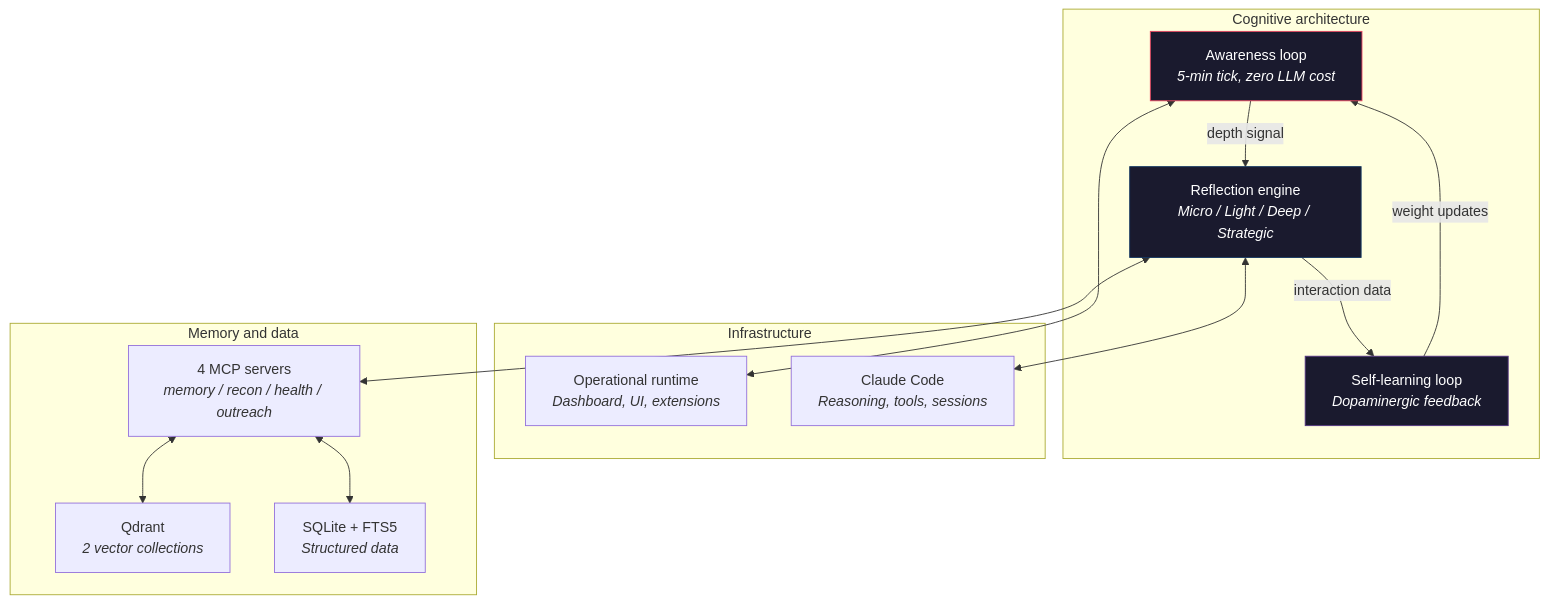
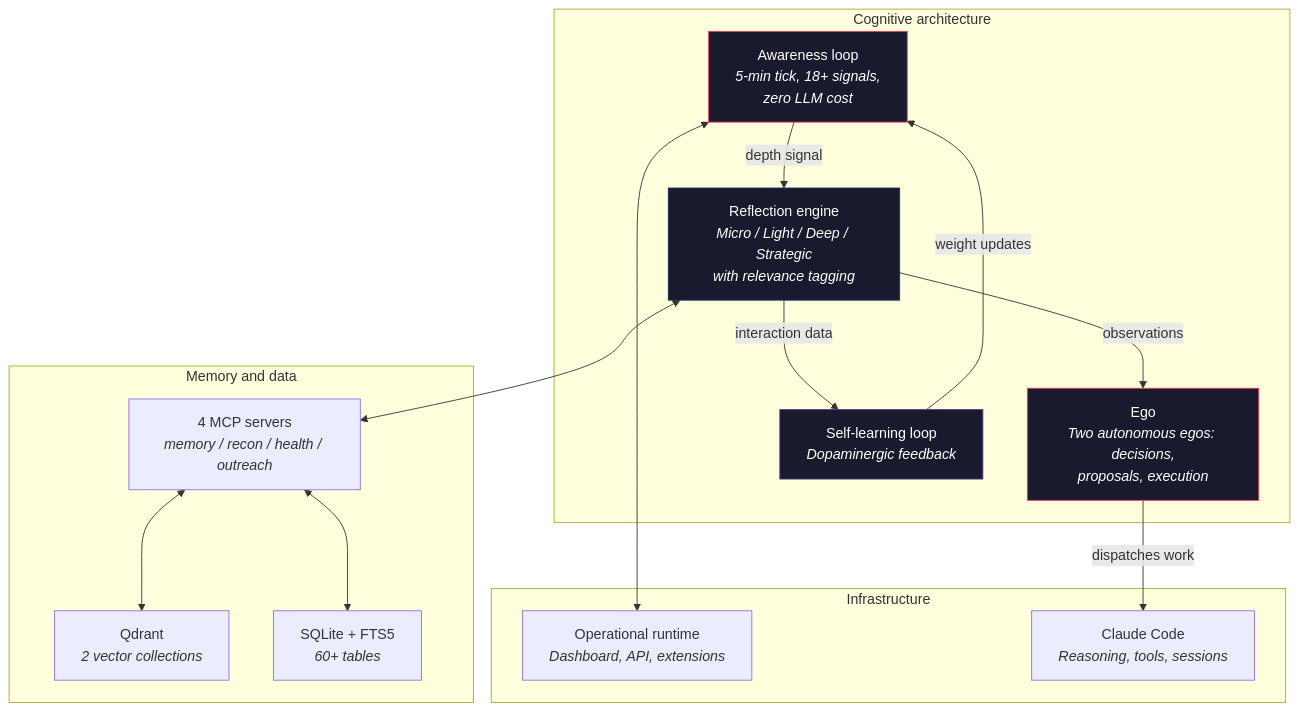
Before and after one commit to WingedGuardian/GENesis-AGI: the first of 2 diagrams in README.md, drawn with Mermaid. The commit also changed other lines of this file, not shown here.

````diff
--- a/README.md
+++ b/README.md
@@ -186,33 +186,36 @@
 ```mermaid
 graph TB
     subgraph "Cognitive architecture"
-        AL["Awareness loop<br/><i>5-min tick, zero LLM cost</i>"]
-        RE["Reflection engine<br/><i>Micro / Light / Deep / Strategic</i>"]
+        EGO["Ego<br/><i>Two autonomous egos: decisions,<br/>proposals, execution</i>"]
+        AL["Awareness loop<br/><i>5-min tick, 18+ signals,<br/>zero LLM cost</i>"]
+        RE["Reflection engine<br/><i>Micro / Light / Deep / Strategic<br/>with relevance tagging</i>"]
         SL["Self-learning loop<br/><i>Dopaminergic feedback</i>"]
     end
 
     subgraph "Infrastructure"
-        RT["Operational runtime<br/><i>Dashboard, UI, extensions</i>"]
+        RT["Operational runtime<br/><i>Dashboard, API, extensions</i>"]
         CC["Claude Code<br/><i>Reasoning, tools, sessions</i>"]
     end
 
     subgraph "Memory and data"
         QD["Qdrant<br/><i>2 vector collections</i>"]
-        SQ["SQLite + FTS5<br/><i>Structured data</i>"]
+        SQ["SQLite + FTS5<br/><i>60+ tables</i>"]
         MCP["4 MCP servers<br/><i>memory / recon / health / outreach</i>"]
     end
 
+    EGO -->|"dispatches work"| CC
     AL -->|"depth signal"| RE
+    RE -->|"observations"| EGO
     RE -->|"interaction data"| SL
     SL -->|"weight updates"| AL
 
-    RE <--> CC
     AL <--> RT
     RE <--> MCP
     MCP <--> QD
     MCP <--> SQ
 
+    style EGO fill:#1a1a2e,stroke:#e94560,color:#fff
     style AL fill:#1a1a2e,stroke:#e94560,color:#fff
     style RE fill:#1a1a2e,stroke:#0f3460,color:#fff
     style SL fill:#1a1a2e,stroke:#533483,color:#fff
 ```
````
